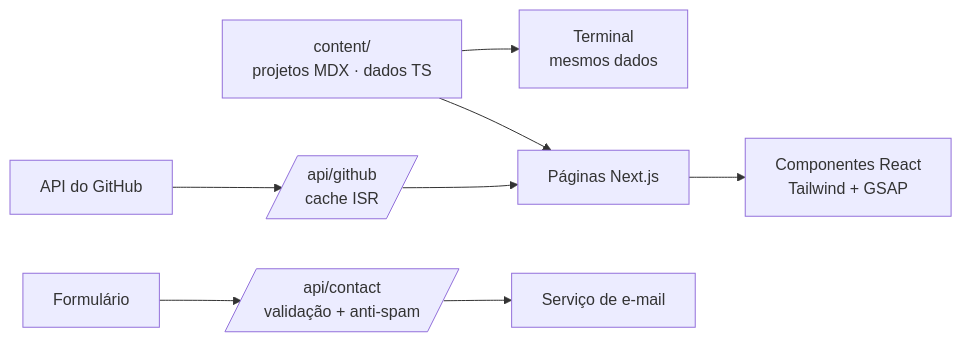
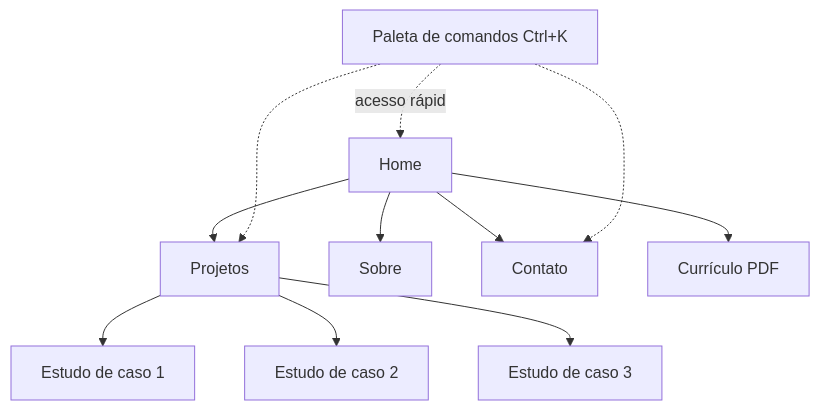
One commit to JonnyMarcus/Developer-Portfolio changed the diagram in README.md. Above: the diagram before and after it, drawn with Mermaid. The commit also changed other lines of this file, not shown here.

````diff
--- a/README.md
+++ b/README.md
@@ -323,8 +54,13 @@
 ```mermaid
-flowchart LR
-    C[content/<br/>projetos MDX · dados TS] --> P[Páginas Next.js]
-    P --> UI[Componentes React<br/>Tailwind + GSAP]
-    GH[API do GitHub] --> R[/api/github<br/>cache ISR/] --> P
-    F[Formulário] --> M[/api/contact<br/>validação + anti-spam/] --> E[Serviço de e-mail]
-    C --> T[Terminal<br/>mesmos dados]
+flowchart TD
+    H[Home] --> P[Projetos]
+    H --> S[Sobre]
+    H --> C[Contato]
+    P --> E1[Estudo de caso 1]
+    P --> E2[Estudo de caso 2]
+    P --> E3[Estudo de caso 3]
+    H --> CV[Currículo PDF]
+    K[Paleta de comandos Ctrl+K] -.acesso rápido.-> H
+    K -.-> P
+    K -.-> C
 ```
````
